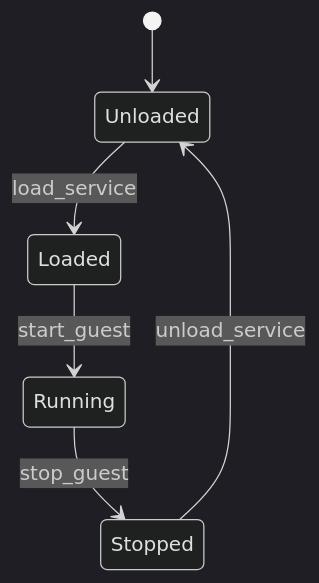
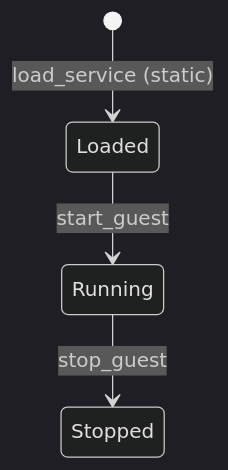
The second of 3 diagrams in docs/orders/components/services.md (kmt-t/fireball), drawn with Mermaid (dark theme) before and after one commit. The commit also changed other lines of this file and 25 other files, not shown here.

````diff
--- a/docs/orders/components/services.md
+++ b/docs/orders/components/services.md
@@ -52,8 +52,6 @@
 ```mermaid
 stateDiagram-v2
-    [*] --> Unloaded
-    Unloaded --> Loaded: load_service
+    [*] --> Loaded: load_service (static)
     Loaded --> Running: start_guest
     Running --> Stopped: stop_guest
-    Stopped --> Unloaded: unload_service
 ```
````
